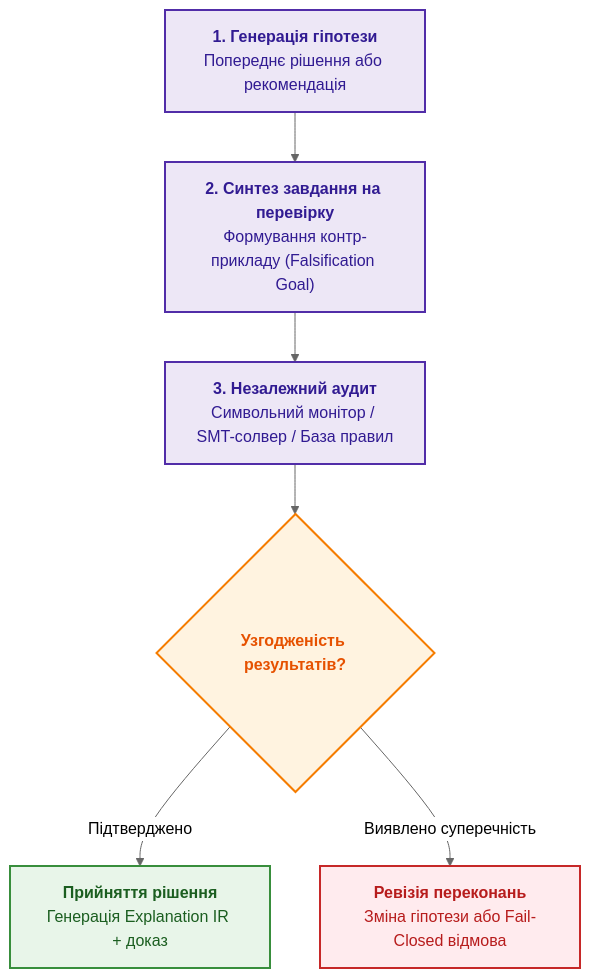
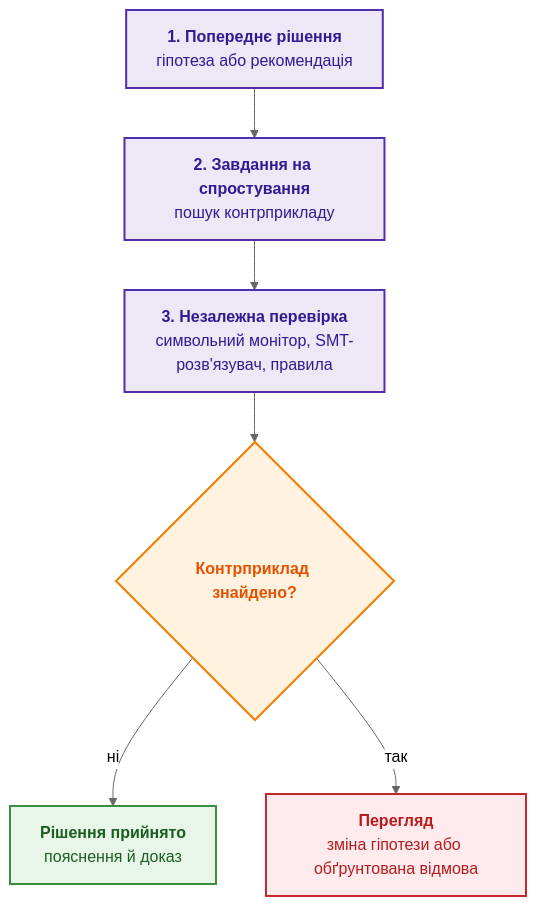
One commit to nick-fedchik/articles changed the fifth of 6 diagrams in ExpertSystem/ch20-explanation-engine.md. Above: the diagram before and after it, drawn with Mermaid (neutral theme). The commit also changed other lines of this file, not shown here.

````diff
--- a/ExpertSystem/ch20-explanation-engine.md
+++ b/ExpertSystem/ch20-explanation-engine.md
@@ -295,22 +369,21 @@
 ```mermaid
 flowchart TD
-    accTitle: Контур самоверифікації експертної системи
-    accDescr: Генерація гіпотези, формування контр-завдання на фальсифікацію, незалежна символьна перевірка та прийняття або відхилення.
+    accTitle: Цикл самоперевірки експертної системи
+    accDescr: Попереднє рішення породжує завдання на пошук контрприкладу, незалежний символьний механізм перевіряє його, і лише узгоджений результат стає рішенням, а суперечність веде до перегляду або відмови.
 
-    Hyp["<b>1. Генерація гіпотези</b><br/>Попереднє рішення або рекомендація"] --> Task["<b>2. Синтез завдання на перевірку</b><br/>Формування контр-прикладу (Falsification Goal)"]
-    Task --> Indep["<b>3. Незалежний аудит</b><br/>Символьний монітор / SMT-солвер / База правил"]
-    Indep --> Comp{"<b>Узгодженість результатів?</b>"}
-    
-    Comp -->|"Підтверджено"| Accept["<b>Прийняття рішення</b><br/>Генерація Explanation IR + доказ"]
-    Comp -->|"Виявлено суперечність"| Revise["<b>Ревізія переконань</b><br/>Зміна гіпотези або Fail-Closed відмова"]
+    Hyp["<b>1. Попереднє рішення</b><br/>гіпотеза або рекомендація"] --> Task["<b>2. Завдання на спростування</b><br/>пошук контрприкладу"]
+    Task --> Indep["<b>3. Незалежна перевірка</b><br/>символьний монітор, SMT-розв'язувач, правила"]
+    Indep --> Comp{"<b>Контрприклад знайдено?</b>"}
+    Comp -->|ні| Accept["<b>Рішення прийнято</b><br/>пояснення й доказ"]
+    Comp -->|так| Revise["<b>Перегляд</b><br/>зміна гіпотези або обґрунтована відмова"]
 
     classDef proc fill:#ede7f6,stroke:#512da8,stroke-width:2px,color:#311b92;
     classDef gate fill:#fff3e0,stroke:#f57c00,stroke-width:2px,color:#e65100;
     classDef ok fill:#e8f5e9,stroke:#388e3c,stroke-width:2px,color:#1b5e20;
     classDef err fill:#ffebee,stroke:#c62828,stroke-width:2px,color:#b71c1c;
 
     class Hyp,Task,Indep proc;
     class Comp gate;
     class Accept ok;
     class Revise err;
 ```
````
